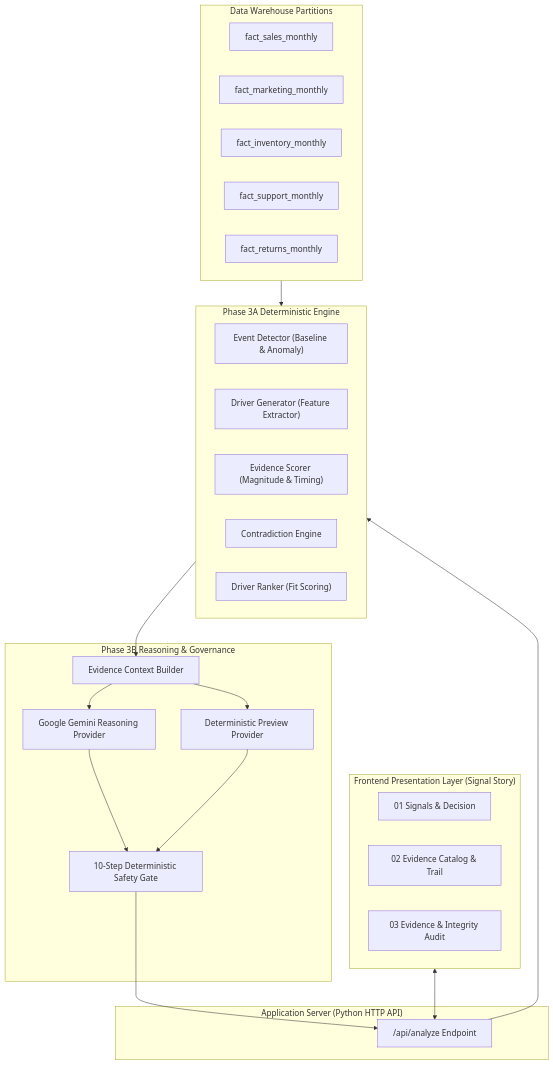
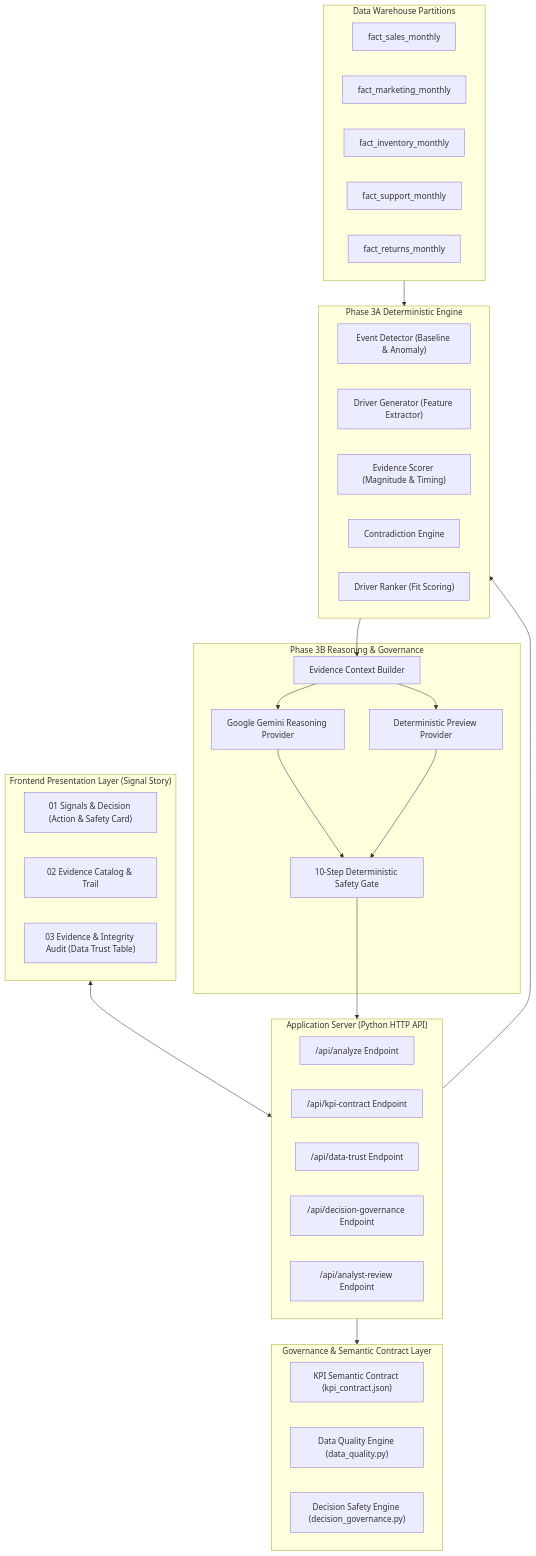
The diagram in README.md (rajukumar-501/signal--story), drawn with Mermaid before and after one commit. The commit also changed other lines of this file and 2 other files, not shown here.

Commit message:
docs(phase5.4): complete final README synchronization, demo section, and submission checklist

````diff
--- a/README.md
+++ b/README.md
@@ -63,45 +69,56 @@
 ```mermaid
 flowchart TD
     subgraph UI ["Frontend Presentation Layer (Signal Story)"]
-        V1["01 Signals & Decision"]
+        V1["01 Signals & Decision (Action & Safety Card)"]
         V2["02 Evidence Catalog & Trail"]
-        V3["03 Evidence & Integrity Audit"]
+        V3["03 Evidence & Integrity Audit (Data Trust Table)"]
     end
 
     subgraph Server ["Application Server (Python HTTP API)"]
         API["/api/analyze Endpoint"]
+        KPI_API["/api/kpi-contract Endpoint"]
+        TRUST_API["/api/data-trust Endpoint"]
+        GOV_API["/api/decision-governance Endpoint"]
+        REV_API["/api/analyst-review Endpoint"]
+    end
+
+    subgraph Governance ["Governance & Semantic Contract Layer"]
+        KPI_C["KPI Semantic Contract (kpi_contract.json)"]
+        DQ_E["Data Quality Engine (data_quality.py)"]
+        DG_E["Decision Safety Engine (decision_governance.py)"]
     end
 
     subgraph Phase3A ["Phase 3A Deterministic Engine"]
         ED["Event Detector (Baseline & Anomaly)"]
         DG["Driver Generator (Feature Extractor)"]
         ES["Evidence Scorer (Magnitude & Timing)"]
         CE["Contradiction Engine"]
         DR["Driver Ranker (Fit Scoring)"]
     end
 
     subgraph Data ["Data Warehouse Partitions"]
         Sales["fact_sales_monthly"]
         Mktg["fact_marketing_monthly"]
         Inv["fact_inventory_monthly"]
         Supp["fact_support_monthly"]
         Ret["fact_returns_monthly"]
     end
 
     subgraph Phase3B ["Phase 3B Reasoning & Governance"]
         EC["Evidence Context Builder"]
         LLM["Google Gemini Reasoning Provider"]
         Mock["Deterministic Preview Provider"]
         Val["10-Step Deterministic Safety Gate"]
     end
 
-    UI <--> API
-    API --> Phase3A
+    UI <--> Server
+    Server --> Governance
+    Server --> Phase3A
     Data --> Phase3A
     Phase3A --> EC
     EC --> LLM
     EC --> Mock
     LLM --> Val
     Mock --> Val
-    Val --> API
+    Val --> Server
 ```
````
